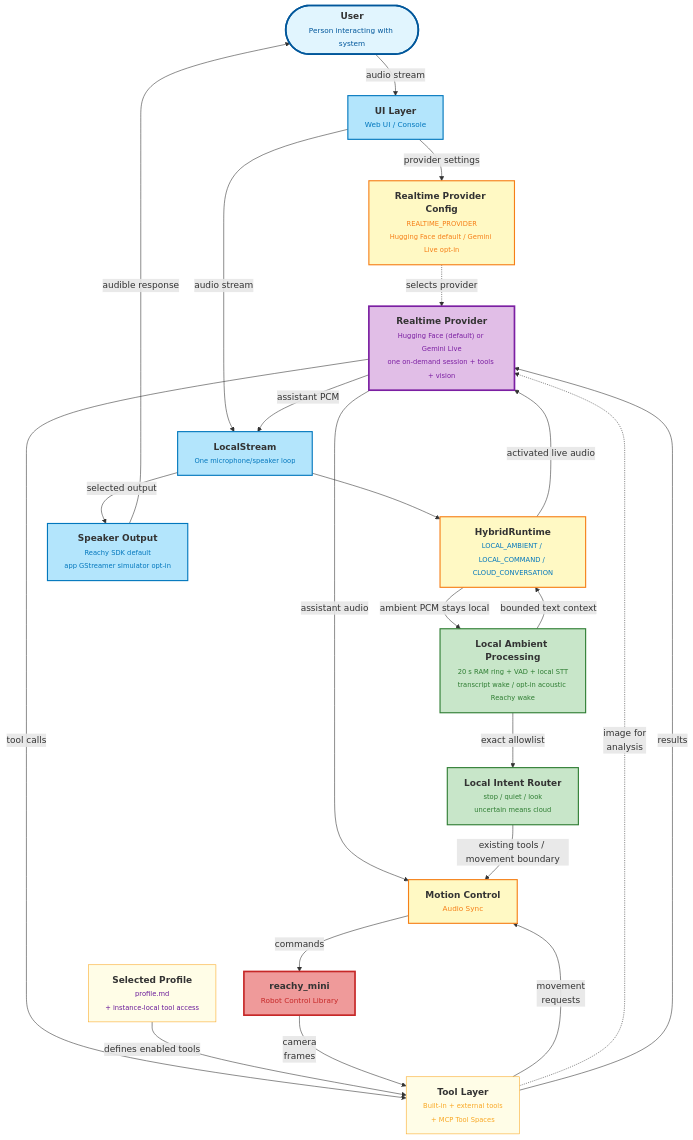
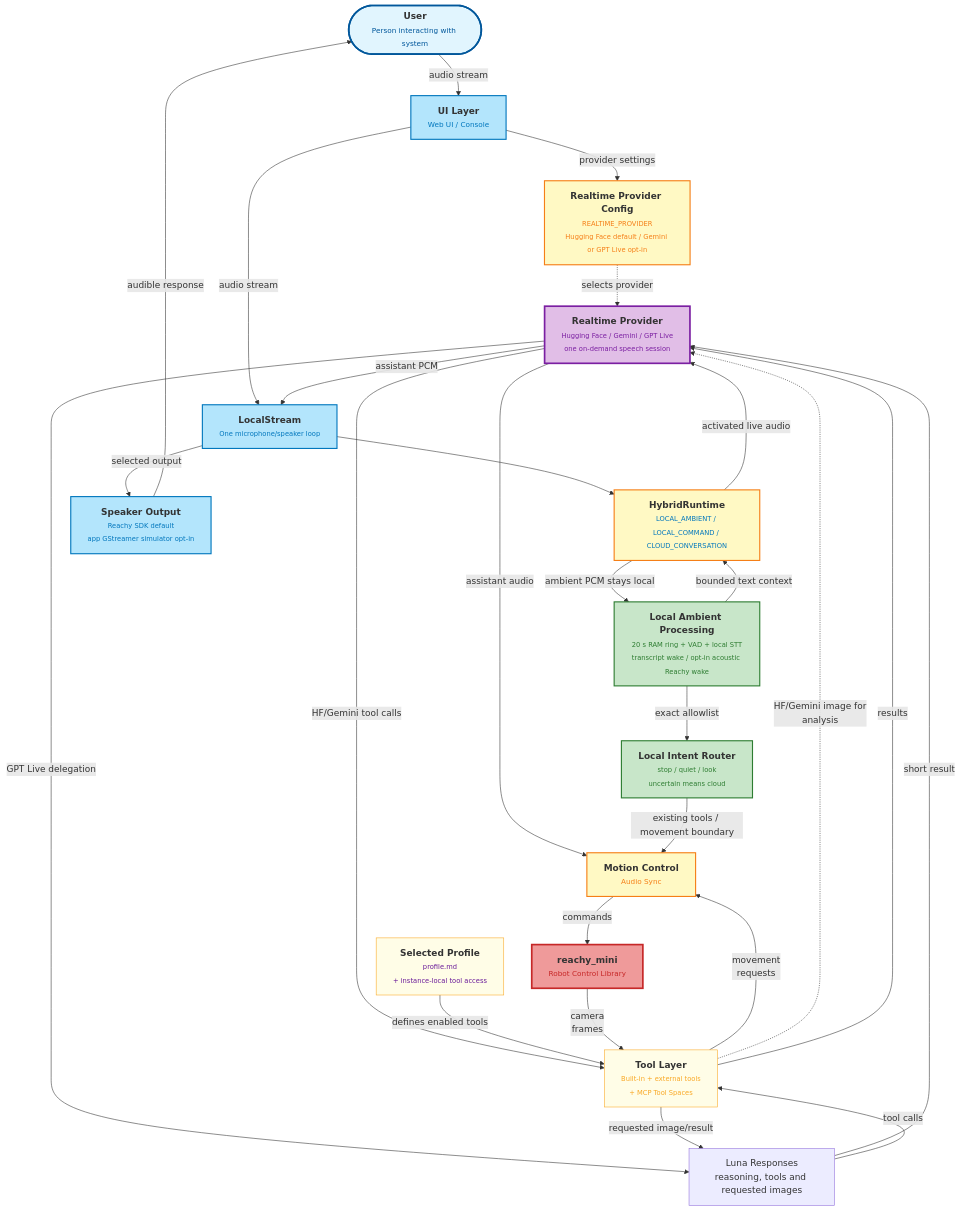
The diagram in docs/scheme.mmd (eduardoyi/reachy_mini_conversation_app), drawn with Mermaid before and after one commit. The commit also changed 24 other files, not shown here.

Commit message:
feat: add GPT Live speech and Luna tool delegation

```diff
--- a/docs/scheme.mmd
+++ b/docs/scheme.mmd
@@ -1,84 +1,89 @@
 ---
 config:
   layout: dagre
   flowchart:
     htmlLabels: true
 ---
 flowchart TB
     User(["<span style='font-size:16px;font-weight:bold;'>User</span><br><span style='font-size:13px;color:#01579b;'>Person interacting with system</span>"])
       -- audio stream -->
     UI@{ label: "<span style='font-size:16px;font-weight:bold;'>UI Layer</span><br><span style='font-size:13px;color:#0277bd;'>Web UI / Console</span>" }
 
-    Config@{ label: "<span style='font-size:16px;font-weight:bold;'>Realtime Provider Config</span><br><span style='font-size:12px;color:#f57f17;'>REALTIME_PROVIDER<br/>Hugging Face default / Gemini Live opt-in</span>" }
+    Config@{ label: "<span style='font-size:16px;font-weight:bold;'>Realtime Provider Config</span><br><span style='font-size:12px;color:#f57f17;'>REALTIME_PROVIDER<br/>Hugging Face default / Gemini or GPT Live opt-in</span>" }
 
     UI -- provider settings -->
     Config
 
     UI -- audio stream -->
     Stream@{ label: "<span style='font-size:16px;font-weight:bold;'>LocalStream</span><br><span style='font-size:12px;color:#0277bd;'>One microphone/speaker loop</span>" }
 
     Stream --> Hybrid@{ label: "<span style='font-size:16px;font-weight:bold;'>HybridRuntime</span><br><span style='font-size:12px;color:#0277bd;'>LOCAL_AMBIENT / LOCAL_COMMAND / CLOUD_CONVERSATION</span>" }
 
     Hybrid -- ambient PCM stays local --> LocalAudio@{ label: "<span style='font-size:16px;font-weight:bold;'>Local Ambient Processing</span><br><span style='font-size:12px;color:#2e7d32;'>20 s RAM ring + VAD + local STT<br/>transcript wake / opt-in acoustic Reachy wake</span>" }
 
     LocalAudio -- exact allowlist --> LocalActions@{ label: "<span style='font-size:16px;font-weight:bold;'>Local Intent Router</span><br><span style='font-size:12px;color:#2e7d32;'>stop / quiet / look<br/>uncertain means cloud</span>" }
 
     LocalAudio -- bounded text context --> Hybrid
 
-    Hybrid -- activated live audio --> Backend@{ label: "<span style='font-size:16px;font-weight:bold;'>Realtime Provider</span><br><span style='font-size:12px; color:#7b1fa2;'>Hugging Face (default) or Gemini Live<br/>one on-demand session + tools + vision</span>" }
+    Hybrid -- activated live audio --> Backend@{ label: "<span style='font-size:16px;font-weight:bold;'>Realtime Provider</span><br><span style='font-size:12px; color:#7b1fa2;'>Hugging Face / Gemini / GPT Live<br/>one on-demand speech session</span>" }
 
     Config -. selects provider .-> Backend
 
     Backend -- assistant audio -->
     Motion@{ label: "<span style='font-size:16px;font-weight:bold;'>Motion Control</span><br><span style='font-size:13px;color:#f57f17;'>Audio Sync</span>" }
 
     Backend -- assistant PCM --> Stream
 
     Stream -- selected output -->
     Speaker@{ label: "<span style='font-size:16px;font-weight:bold;'>Speaker Output</span><br><span style='font-size:12px;color:#0277bd;'>Reachy SDK default<br/>app GStreamer simulator opt-in</span>" }
 
     Speaker -- audible response --> User
 
-    Backend -- tool calls -->
+    Backend -- GPT Live delegation --> Luna["Luna Responses<br/>reasoning, tools and requested images"]
+    Luna -- short result --> Backend
+    Luna -- tool calls --> Handlers
+    Handlers -- requested image/result --> Luna
+
+    Backend -- HF/Gemini tool calls -->
     Handlers@{ label: "<span style='font-size:16px;font-weight:bold;'>Tool Layer</span><br><span style='font-size:12px;color:#f9a825;'>Built-in + external tools<br/>+ MCP Tool Spaces</span>" }
 
     Profiles@{ label: "<span style='font-size:16px;font-weight:bold;'>Selected Profile</span><br><span style='font-size:12px;color:#6a1b9a;'>profile.md<br/>+ instance-local tool access</span>" }
 
     Profiles -- defines enabled tools --> Handlers
 
     Handlers -- movement
     requests --> Motion
 
     LocalActions -- existing tools / movement boundary --> Motion
 
-    Handlers -. image for
+    Handlers -. HF/Gemini image for
     analysis .-> Backend
 
     Robot@{ label: "<span style='font-size:16px;font-weight:bold;'>reachy_mini</span><br><span style='font-size:13px;color:#c62828;'>Robot Control Library</span>" }
     -- camera
     frames --> Handlers
 
     Motion -- commands --> Robot
 
     Handlers -- results --> Backend
 
      User:::userStyle
      UI:::uiStyle
      Config:::coreStyle
      Stream:::uiStyle
      Hybrid:::coreStyle
      LocalAudio:::localStyle
      LocalActions:::localStyle
      Backend:::aiStyle
      Motion:::coreStyle
      Speaker:::uiStyle
      Profiles:::toolStyle
      Handlers:::toolStyle
      Robot:::hardwareStyle
     classDef userStyle fill:#e1f5fe,stroke:#01579b,stroke-width:3px
     classDef uiStyle fill:#b3e5fc,stroke:#0277bd,stroke-width:2px
     classDef aiStyle fill:#e1bee7,stroke:#7b1fa2,stroke-width:3px
     classDef coreStyle fill:#fff9c4,stroke:#f57f17,stroke-width:2px
     classDef localStyle fill:#c8e6c9,stroke:#2e7d32,stroke-width:2px
     classDef hardwareStyle fill:#ef9a9a,stroke:#c62828,stroke-width:3px
     classDef toolStyle fill:#fffde7,stroke:#f9a825,stroke-width:1px
```
